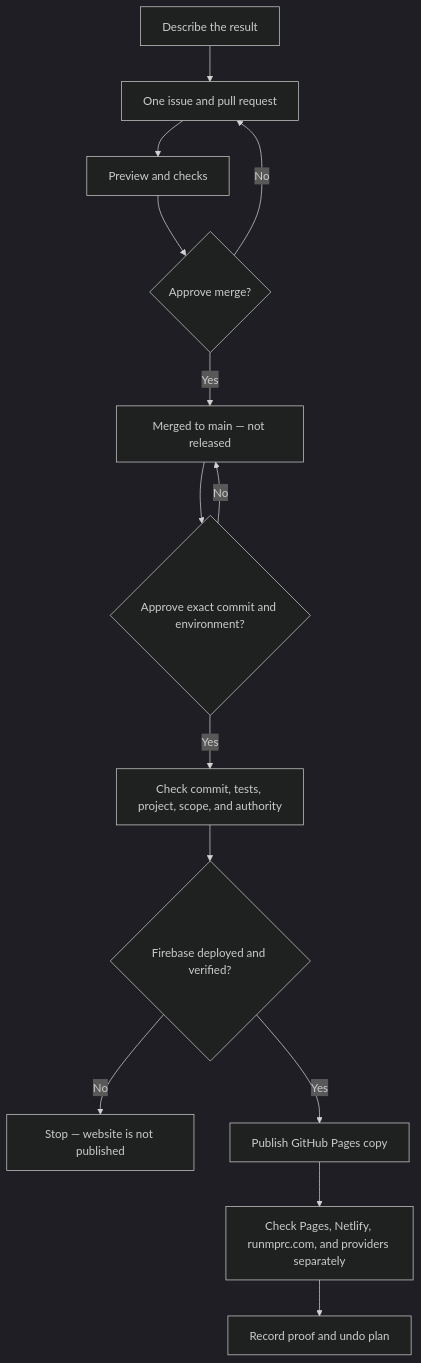
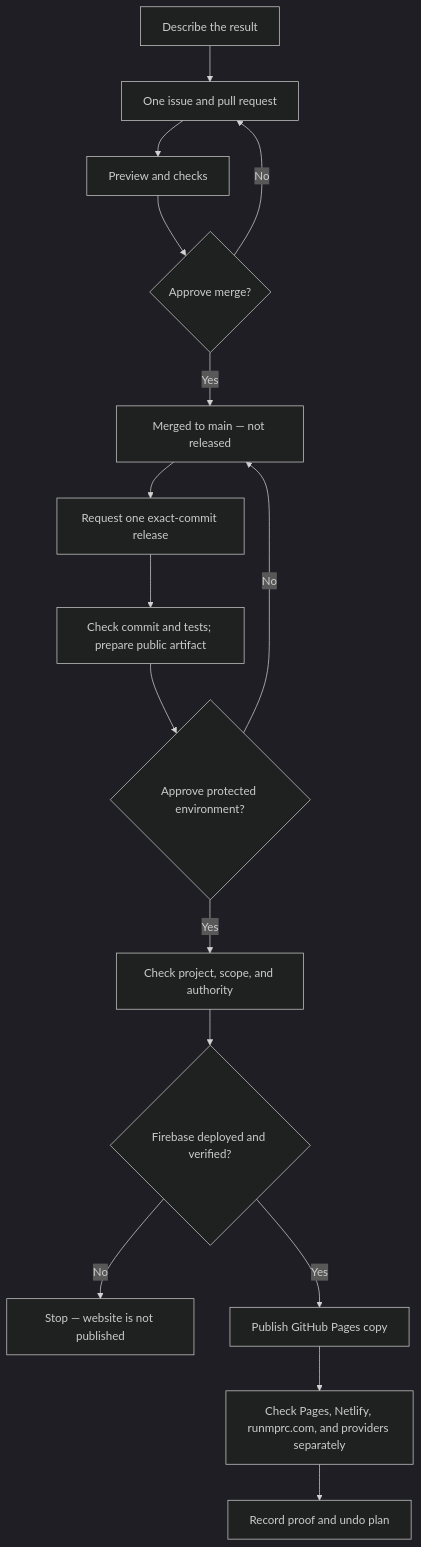
Before and after one commit to Run-MPRC/Run-MPRC.github.io: the diagram in OFFICER_HANDBOOK.md, drawn with Mermaid (dark theme). The commit also changed other lines of this file and 5 other files, not shown here.

````diff
--- a/OFFICER_HANDBOOK.md
+++ b/OFFICER_HANDBOOK.md
@@ -11,16 +11,18 @@
 ```mermaid
 flowchart TD
     Ask["Describe the result"] --> Track["One issue and pull request"]
     Track --> Preview["Preview and checks"]
     Preview --> Approve{"Approve merge?"}
     Approve -- "No" --> Track
     Approve -- "Yes" --> Merged["Merged to main — not released"]
-    Merged --> Release{"Approve exact commit and environment?"}
+    Merged --> Request["Request one exact-commit release"]
+    Request --> Preflight["Check commit and tests; prepare public artifact"]
+    Preflight --> Release{"Approve protected environment?"}
     Release -- "No" --> Merged
-    Release -- "Yes" --> Preflight["Check commit, tests, project, scope, and authority"]
-    Preflight --> Backend{"Firebase deployed and verified?"}
+    Release -- "Yes" --> Gate["Check project, scope, and authority"]
+    Gate --> Backend{"Firebase deployed and verified?"}
     Backend -- "No" --> Stop["Stop — website is not published"]
     Backend -- "Yes" --> Pages["Publish GitHub Pages copy"]
     Pages --> Verify["Check Pages, Netlify, runmprc.com, and providers separately"]
     Verify --> Record["Record proof and undo plan"]
 ```
````
